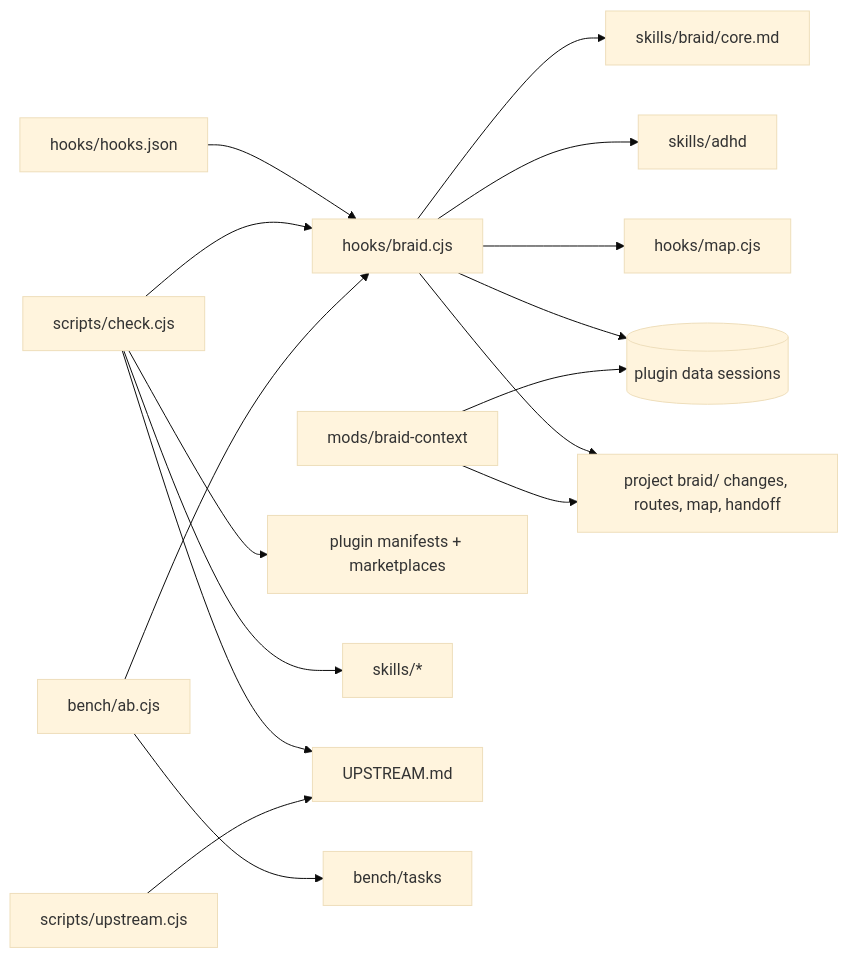
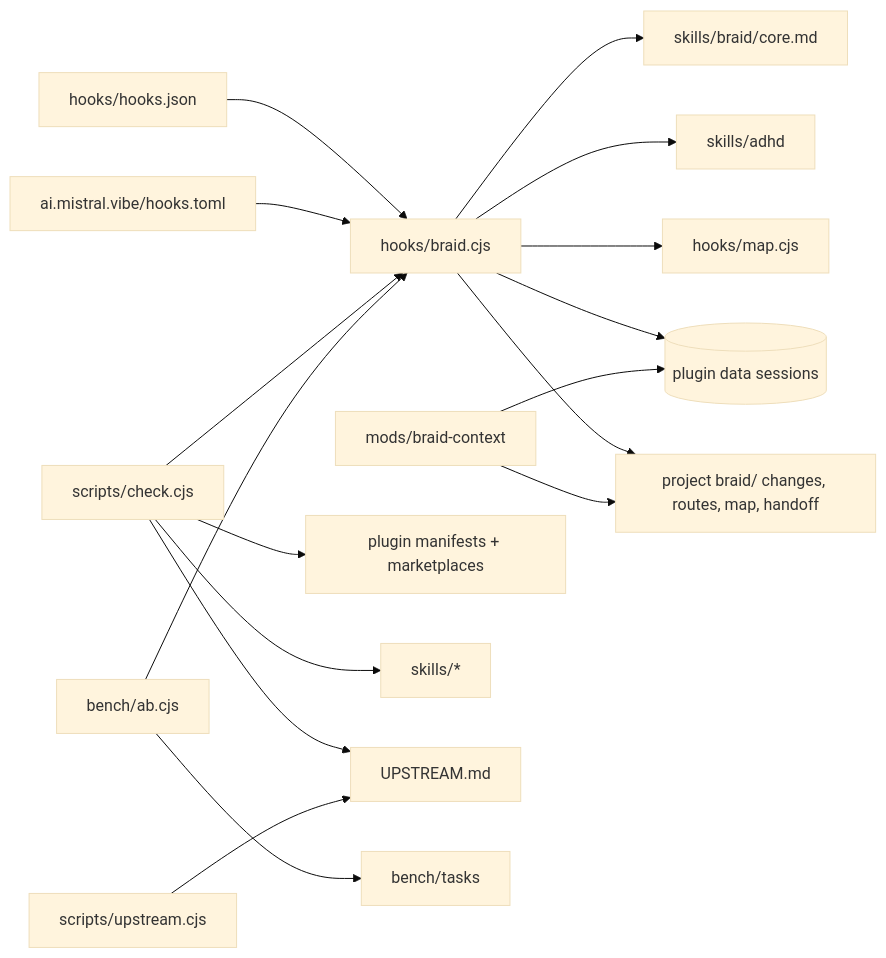
Before and after one commit to ZacharyArthur/braid: the diagram in braid/map.md, drawn with Mermaid (base theme). The commit also changed other lines of this file and 37 other files, not shown here.

Commit message:
add-vibe-harness: add mistral vibe as the fifth harness (#21)

````diff
--- a/braid/map.md
+++ b/braid/map.md
@@ -96,18 +110,19 @@
 ```mermaid
 flowchart LR
   hooksjson[hooks/hooks.json] --> hook[hooks/braid.cjs]
+  hookstoml[ai.mistral.vibe/hooks.toml] --> hook
   hook --> core[skills/braid/core.md]
   hook --> adhd[skills/adhd]
   hook --> mapcjs[hooks/map.cjs]
   hook --> state[(plugin data sessions)]
   hook --> projstate[project braid/ changes, routes, map, handoff]
   mod[mods/braid-context] --> state
   mod --> projstate
   check[scripts/check.cjs] --> hook
   check --> manifests[plugin manifests + marketplaces]
   check --> skills[skills/*]
   check --> upstream[UPSTREAM.md]
   upstreamjs[scripts/upstream.cjs] --> upstream
   bench[bench/ab.cjs] --> hook
   bench --> tasks[bench/tasks]
 ```
````
